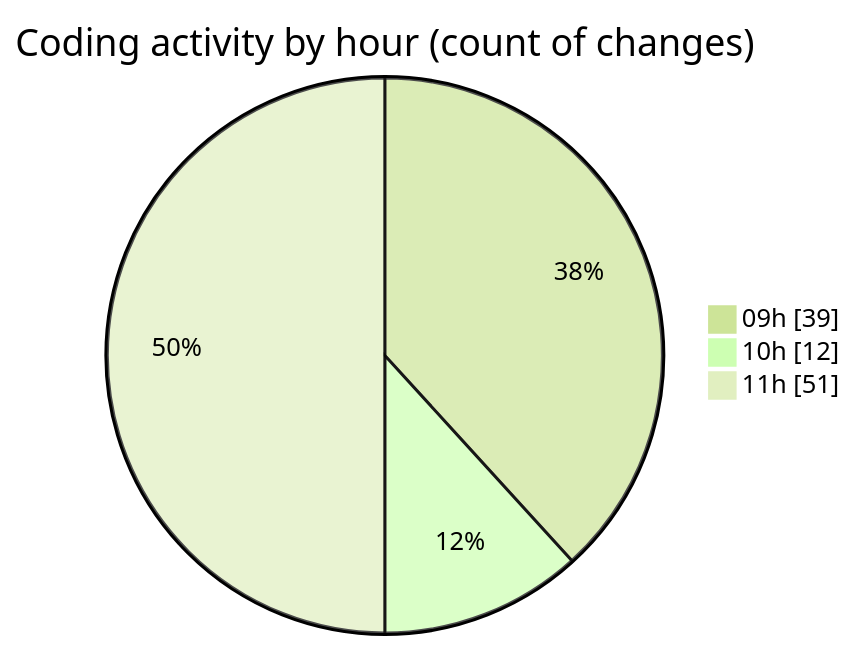
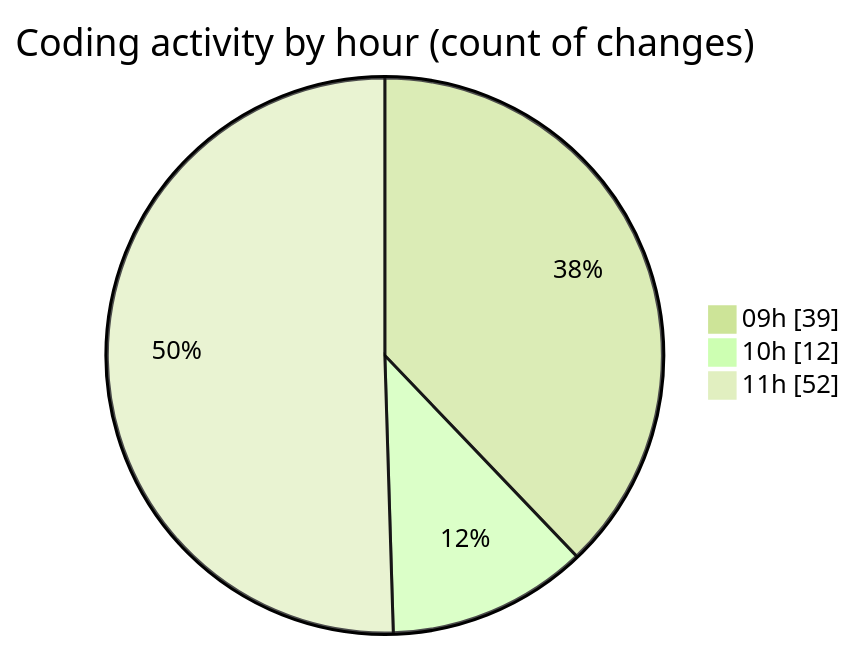
One commit to momahboobian/code-tracking changed the second of 2 diagrams in 2025-03-04/cda/README.md. Above: the diagram before and after it, drawn with Mermaid (forest theme). The commit also changed other lines of this file and 1 other file, not shown here.

````diff
--- a/2025-03-04/cda/README.md
+++ b/2025-03-04/cda/README.md
@@ -33,7 +33,7 @@
 ```mermaid
 pie showData
 title Coding activity by hour (count of changes)
 "09h" : 39
 "10h" : 12
-"11h" : 51
+"11h" : 52
 ```
````
